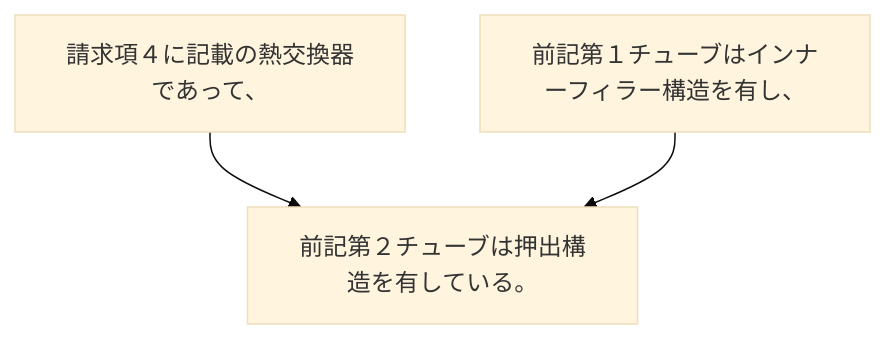
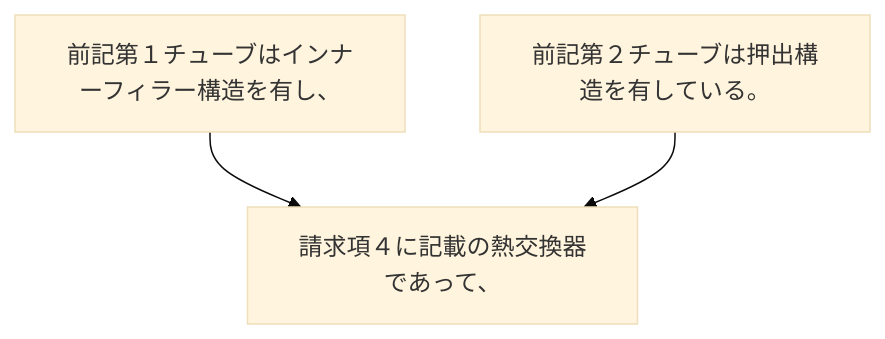
One commit to shinmori55/patent_analyzed changed the diagram in 2024/JP2024007944A/claim_5/README.md. Above: the diagram before and after it, drawn with Mermaid (base theme). The commit also changed 9 other files, not shown here.

````diff
--- a/2024/JP2024007944A/claim_5/README.md
+++ b/2024/JP2024007944A/claim_5/README.md
@@ -3,8 +3,8 @@
 ```mermaid
 flowchart TD
 A[請求項４に記載の熱交換器であって、]
 B[前記第１チューブはインナーフィラー構造を有し、]
 C[前記第２チューブは押出構造を有している。]
-A --> C
-B --> C
+B --> A
+C --> A
 ```
````
